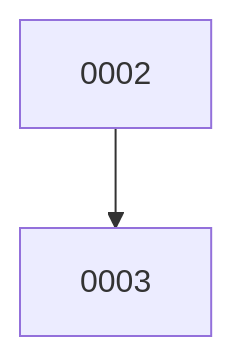
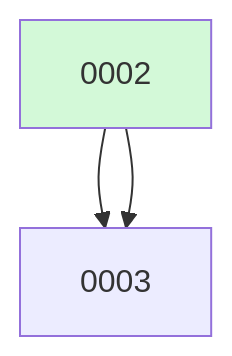
The diagram in docs/changes/BOARD.md (ethanhinson/fuse), drawn with Mermaid before and after one commit. The commit also changed other lines of this file, not shown here.

````diff
--- a/docs/changes/BOARD.md
+++ b/docs/changes/BOARD.md
@@ -17,5 +12,7 @@
 ```mermaid
 graph TD
-  0002
   0002 --> 0003
+  0002 --> 0003
+  0002:::done
+  classDef done fill:#d3f9d8;
 ```
````
